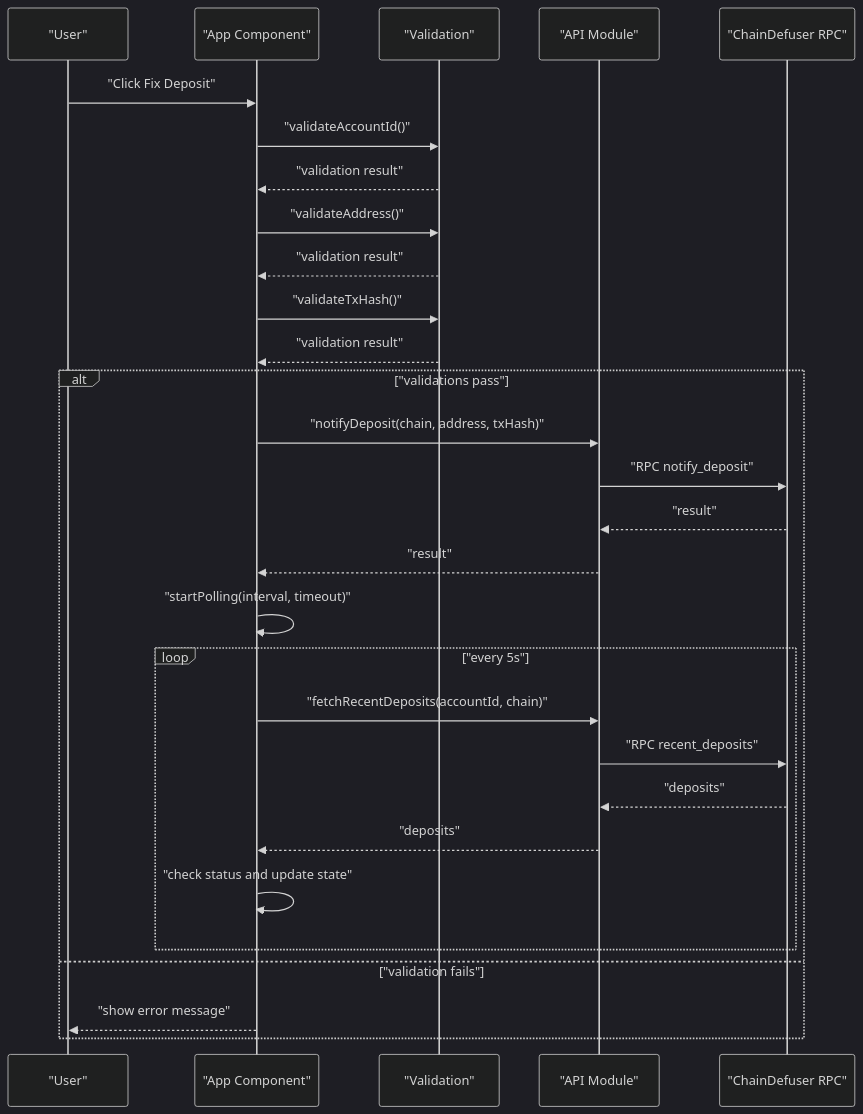
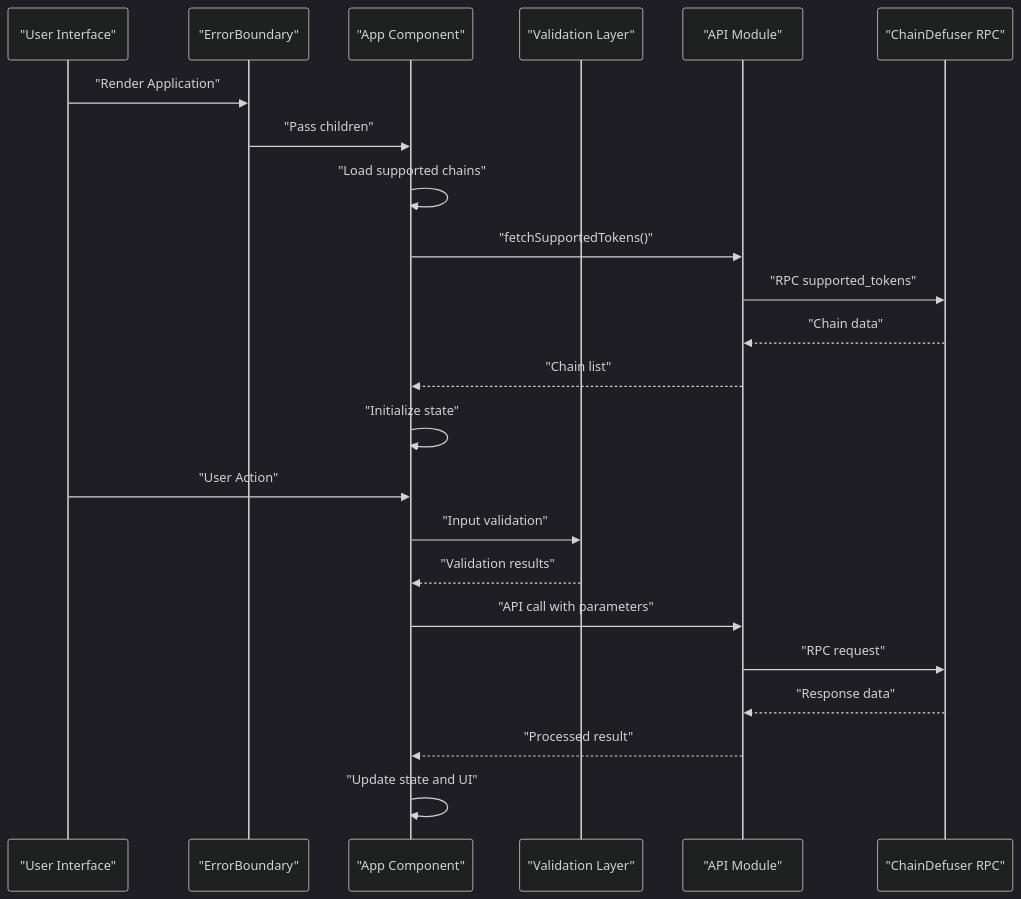
Before and after one commit to KaranMakani/deposit-fixer: the third of 8 diagrams in .qoder/repowiki/en/content/Technical Architecture/Technical Architecture.md, drawn with Mermaid (dark theme). The commit also changed other lines of this file and 10 other files, not shown here.

````diff
--- a/.qoder/repowiki/en/content/Technical Architecture/Technical Architecture.md
+++ b/.qoder/repowiki/en/content/Technical Architecture/Technical Architecture.md
@@ -162,31 +182,25 @@
 ```mermaid
 sequenceDiagram
-participant U as "User"
+participant U as "User Interface"
+participant EB as "ErrorBoundary"
 participant A as "App Component"
-participant V as "Validation"
+participant V as "Validation Layer"
 participant API as "API Module"
 participant S as "ChainDefuser RPC"
-U->>A : "Click Fix Deposit"
-A->>V : "validateAccountId()"
-V-->>A : "validation result"
-A->>V : "validateAddress()"
-V-->>A : "validation result"
-A->>V : "validateTxHash()"
-V-->>A : "validation result"
-alt "validations pass"
-A->>API : "notifyDeposit(chain, address, txHash)"
-API->>S : "RPC notify_deposit"
-S-->>API : "result"
-API-->>A : "result"
-A->>A : "startPolling(interval, timeout)"
-loop "every 5s"
-A->>API : "fetchRecentDeposits(accountId, chain)"
-API->>S : "RPC recent_deposits"
-S-->>API : "deposits"
-API-->>A : "deposits"
-A->>A : "check status and update state"
-end
-else "validation fails"
-A-->>U : "show error message"
-end
+U->>EB : "Render Application"
+EB->>A : "Pass children"
+A->>A : "Load supported chains"
+A->>API : "fetchSupportedTokens()"
+API->>S : "RPC supported_tokens"
+S-->>API : "Chain data"
+API-->>A : "Chain list"
+A->>A : "Initialize state"
+U->>A : "User Action"
+A->>V : "Input validation"
+V-->>A : "Validation results"
+A->>API : "API call with parameters"
+API->>S : "RPC request"
+S-->>API : "Response data"
+API-->>A : "Processed result"
+A->>A : "Update state and UI"
 ```
````
